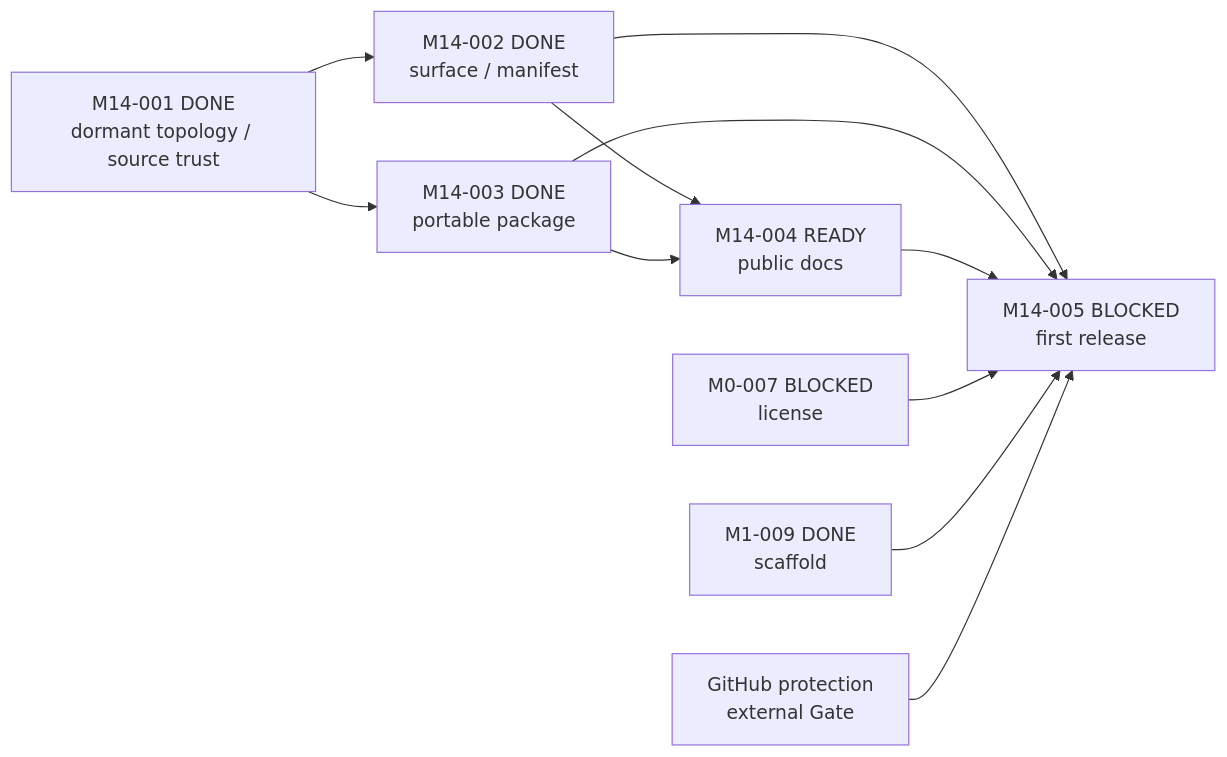
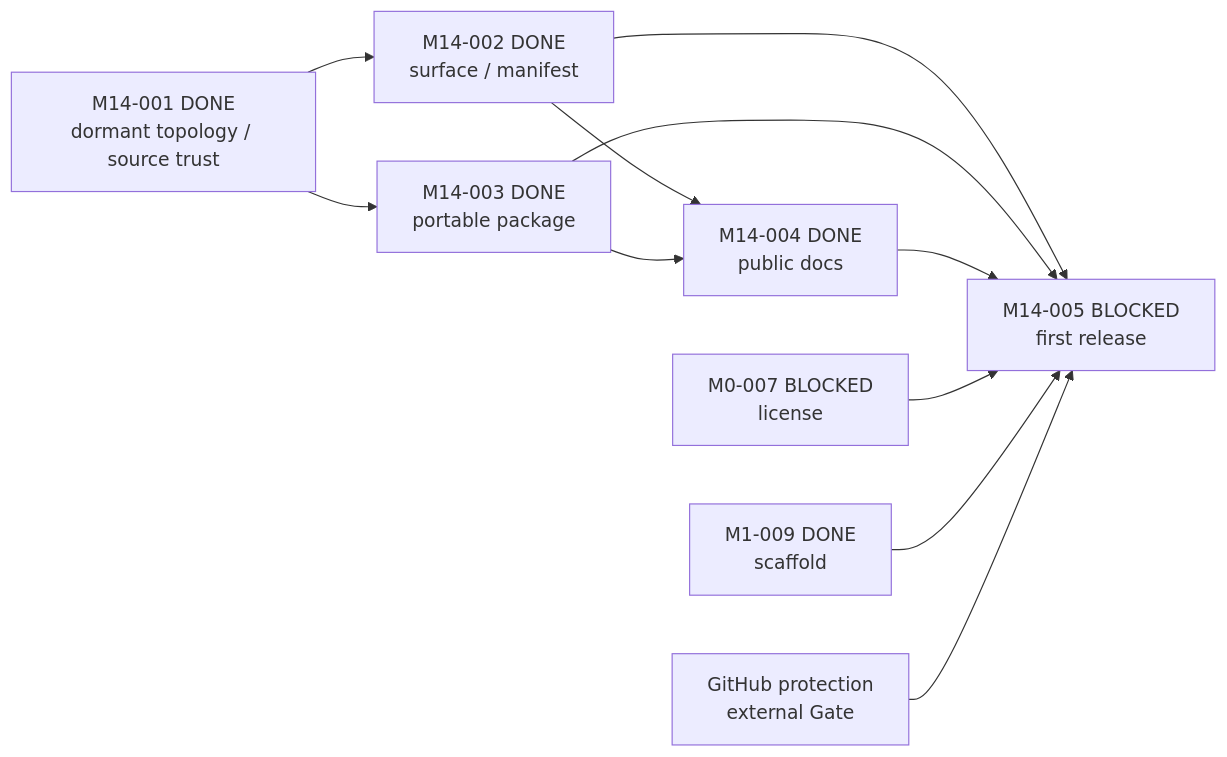
Before and after one commit to Chengyue-Lu/research-agent-workbench: the fifth of 5 diagrams in docs/M_SERIES_IMPLEMENTATION_MAP.md, drawn with Mermaid. The commit also changed other lines of this file and 7 other files, not shown here.

````diff
--- a/docs/M_SERIES_IMPLEMENTATION_MAP.md
+++ b/docs/M_SERIES_IMPLEMENTATION_MAP.md
@@ -174,13 +174,13 @@
 ```mermaid
 flowchart LR
     M14001["M14-001 DONE<br/>dormant topology / source trust"] --> M14002["M14-002 DONE<br/>surface / manifest"]
     M14001 --> M14003["M14-003 DONE<br/>portable package"]
-    M14002 --> M14004["M14-004 READY<br/>public docs"]
+    M14002 --> M14004["M14-004 DONE<br/>public docs"]
     M14003 --> M14004
     M14002 --> M14005["M14-005 BLOCKED<br/>first release"]
     M14003 --> M14005
     M14004 --> M14005
     M0007["M0-007 BLOCKED<br/>license"] --> M14005
     M1009["M1-009 DONE<br/>scaffold"] --> M14005
     Remote["GitHub protection<br/>external Gate"] --> M14005
 ```
````
